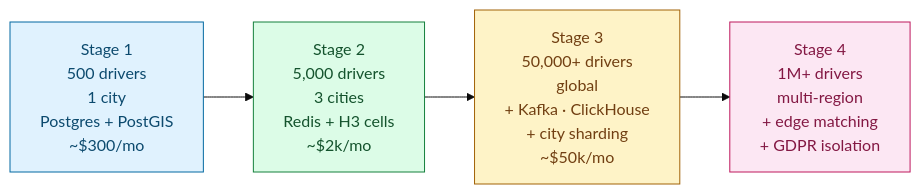
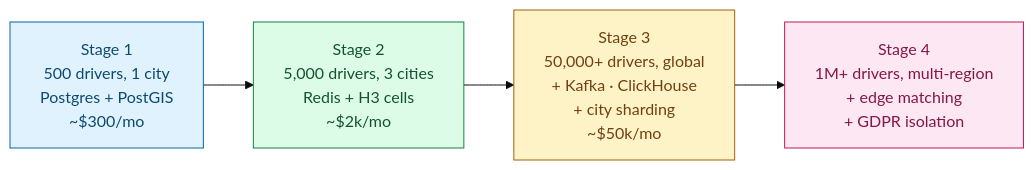
The fifth of 5 diagrams in problems/007-ride-sharing/solution.md (shiningflash/system-design), drawn with Mermaid (base theme) before and after one commit. The commit also changed other lines of this file and 37 other files, not shown here.

````diff
--- a/problems/007-ride-sharing/solution.md
+++ b/problems/007-ride-sharing/solution.md
@@ -423,14 +421,14 @@
 ```mermaid
 flowchart LR
-    S1["Stage 1<br/>500 drivers<br/>1 city<br/>Postgres + PostGIS<br/>~$300/mo"]:::s1
-    S2["Stage 2<br/>5,000 drivers<br/>3 cities<br/>Redis + H3 cells<br/>~$2k/mo"]:::s2
-    S3["Stage 3<br/>50,000+ drivers<br/>global<br/>+ Kafka · ClickHouse<br/>+ city sharding<br/>~$50k/mo"]:::s3
-    S4["Stage 4<br/>1M+ drivers<br/>multi-region<br/>+ edge matching<br/>+ GDPR isolation"]:::s4
+    S1["Stage 1<br/>500 drivers, 1 city<br/>Postgres + PostGIS<br/>~$300/mo"]:::s1
+    S2["Stage 2<br/>5,000 drivers, 3 cities<br/>Redis + H3 cells<br/>~$2k/mo"]:::s2
+    S3["Stage 3<br/>50,000+ drivers, global<br/>+ Kafka · ClickHouse<br/>+ city sharding<br/>~$50k/mo"]:::s3
+    S4["Stage 4<br/>1M+ drivers, multi-region<br/>+ edge matching<br/>+ GDPR isolation"]:::s4
 
     S1 --> S2 --> S3 --> S4
 
     classDef s1 fill:#e0f2fe,stroke:#0369a1,color:#0c4a6e
     classDef s2 fill:#dcfce7,stroke:#15803d,color:#14532d
     classDef s3 fill:#fef3c7,stroke:#a16207,color:#713f12
     classDef s4 fill:#fce7f3,stroke:#be185d,color:#831843
 ```
````
